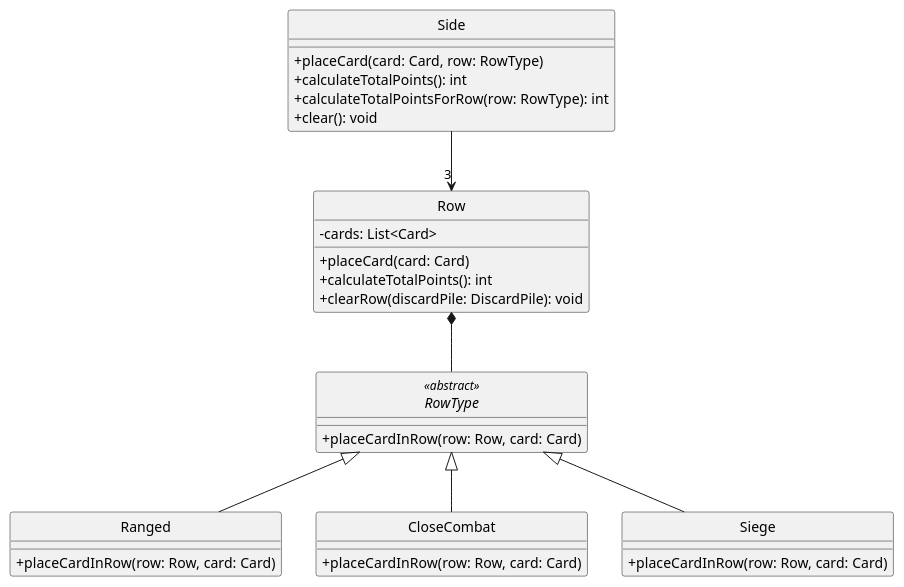
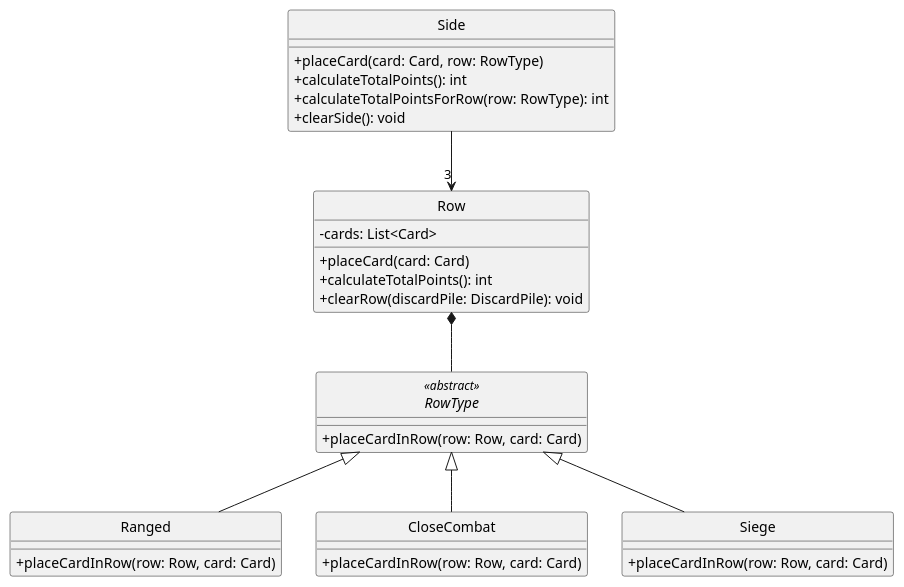
The diagram in diagrams/classes/side.plantuml (Yonhir/algo3_proyecto_base_tp2), drawn with PlantUML before and after one commit. The commit also changed 1 other file, not shown here.

Commit message:
método para limpiar el Side

```diff
--- a/diagrams/classes/side.plantuml
+++ b/diagrams/classes/side.plantuml
@@ -1,48 +1,48 @@
 @startuml
 
 skinparam monochrome true
 hide circle
 skinparam classAttributeIconSize 0
 
 ' =====================
 ' SIDE
 ' =====================
 
 class Side {
   +placeCard(card: Card, row: RowType)
   +calculateTotalPoints(): int
   +calculateTotalPointsForRow(row: RowType): int
-  +clear(): void
+  +clearSide(): void
 }
 
 class Row {
   -cards: List<Card>
   +placeCard(card: Card)
   +calculateTotalPoints(): int
   +clearRow(discardPile: DiscardPile): void
 }
 
 abstract class RowType <<abstract>> {
   +placeCardInRow(row: Row, card: Card)
 }
 
 class Ranged extends RowType {
   +placeCardInRow(row: Row, card: Card)
 }
 
 class CloseCombat extends RowType {
   +placeCardInRow(row: Row, card: Card)
 }
 
 class Siege extends RowType {
   +placeCardInRow(row: Row, card: Card)
 }
 
 ' =====================
 ' RELATIONSHIPS
 ' =====================
 
 Side --> "3" Row
 Row *-- RowType
 
 @enduml
```
